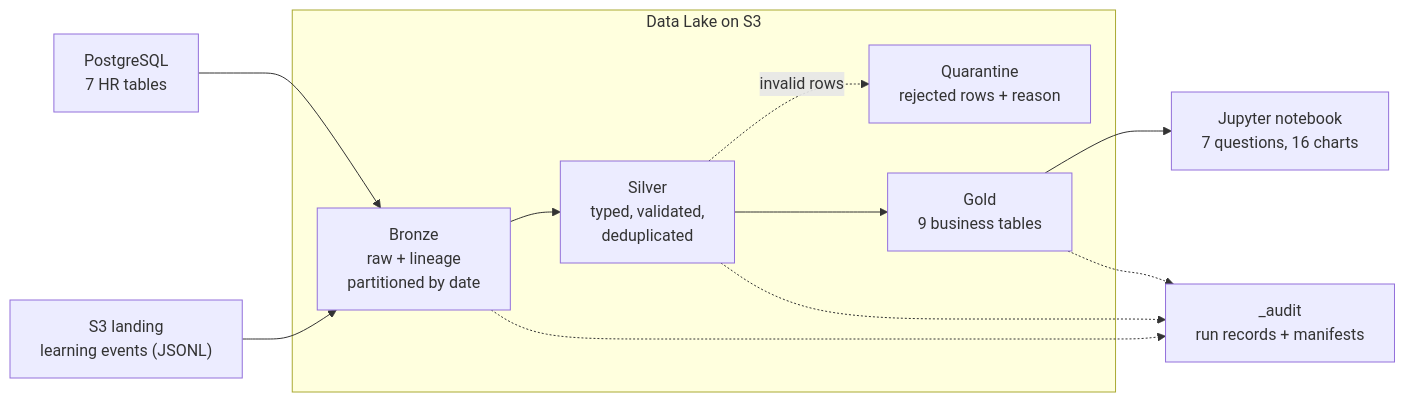
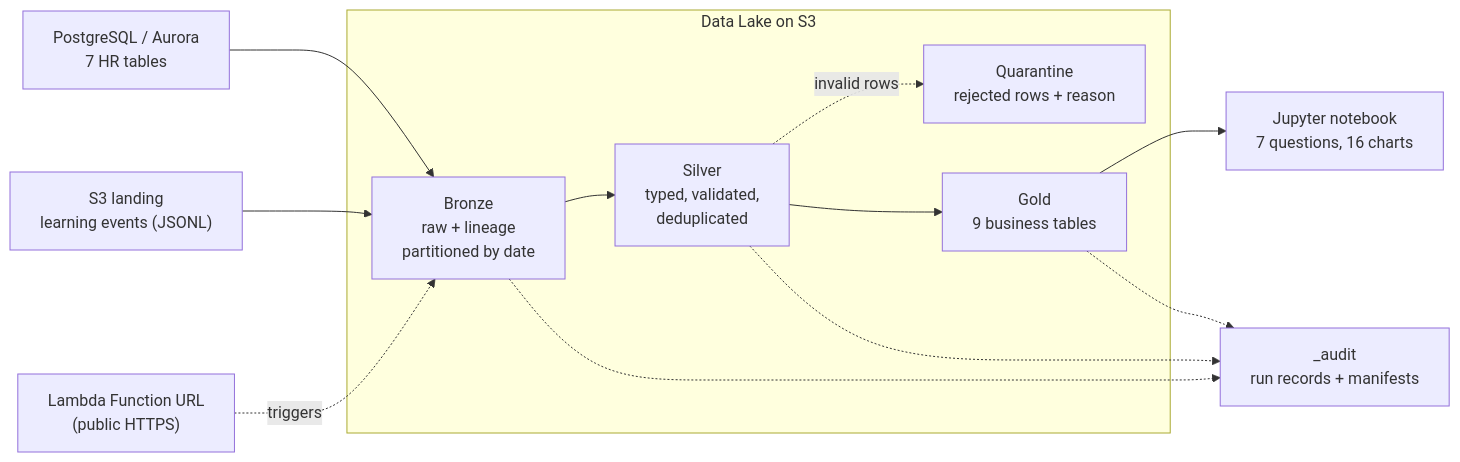
One commit to hamzaikram2026/employee-performance-analytics-etl changed the diagram in backend/acme-perf-etl/README.md. Above: the diagram before and after it, drawn with Mermaid. The commit also changed other lines of this file, not shown here.

````diff
--- a/backend/acme-perf-etl/README.md
+++ b/backend/acme-perf-etl/README.md
@@ -20,23 +22,25 @@
 ```mermaid
 graph LR
-    PG["PostgreSQL<br/>7 HR tables"]
+    PG["PostgreSQL / Aurora<br/>7 HR tables"]
     S3L["S3 landing<br/>learning events (JSONL)"]
     subgraph Data Lake on S3
         B["Bronze<br/>raw + lineage<br/>partitioned by date"]
         S["Silver<br/>typed, validated,<br/>deduplicated"]
         Q["Quarantine<br/>rejected rows + reason"]
         G["Gold<br/>9 business tables"]
     end
     A["_audit<br/>run records + manifests"]
     NB["Jupyter notebook<br/>7 questions, 16 charts"]
+    URL["Lambda Function URL<br/>(public HTTPS)"]
 
     PG --> B
     S3L --> B
     B --> S
     S -.invalid rows.-> Q
     S --> G
     G --> NB
+    URL -.triggers.-> B
     B -.-> A
     S -.-> A
     G -.-> A
 ```
````
